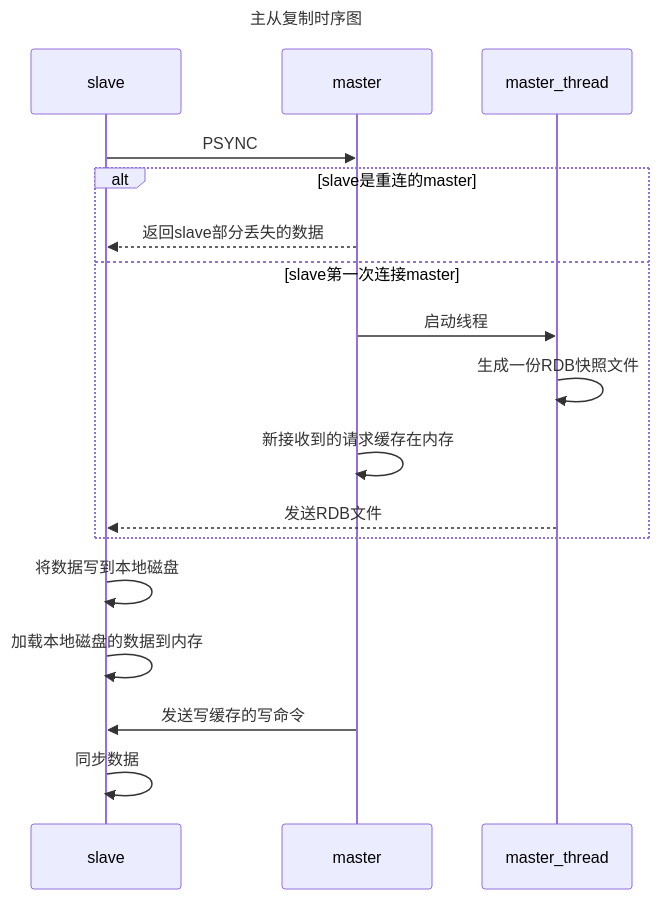
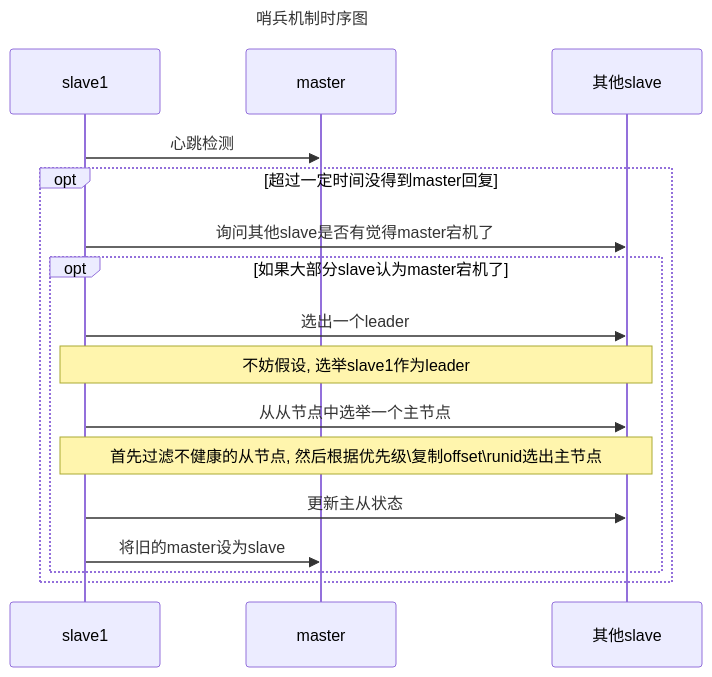
One commit to Candrakirti/Kafka changed the second of 2 diagrams in Redis/redis高可用.md. Above: the diagram before and after it, drawn with Mermaid. The commit also changed other lines of this file and 7 other files, not shown here.

````diff
--- a/Redis/redis高可用.md
+++ b/Redis/redis高可用.md
@@ -85,17 +100,16 @@
 ```mermaid
 sequenceDiagram
-	title: 主从复制时序图
-	slave->>master: PSYNC
-	alt slave是重连的master
-	master-->>slave:返回slave部分丢失的数据
-	else slave第一次连接master
-	master->>master_thread: 启动线程
-	master_thread->>master_thread:生成一份RDB快照文件
-	master->>master: 新接收到的请求缓存在内存
-	master_thread-->>slave: 发送RDB文件
-	end 
-	slave->>slave:将数据写到本地磁盘
-	slave->>slave:加载本地磁盘的数据到内存
-	master->>slave:发送写缓存的写命令
-	slave->>slave:同步数据
+	title: 哨兵机制时序图
+	slave1 ->> master:心跳检测
+	opt 超过一定时间没得到master回复
+		slave1 ->> 其他slave: 询问其他slave是否有觉得master宕机了
+		opt 如果大部分slave认为master宕机了
+			slave1 ->> 其他slave: 选出一个leader
+			Note over slave1,其他slave: 不妨假设, 选举slave1作为leader
+			slave1 ->> 其他slave: 从从节点中选举一个主节点
+			Note over slave1,其他slave: 首先过滤不健康的从节点, 然后根据优先级\复制offset\runid选出主节点
+			slave1 ->> 其他slave: 更新主从状态
+			slave1 ->> master: 将旧的master设为slave
+		end
+	end
 ```
````
